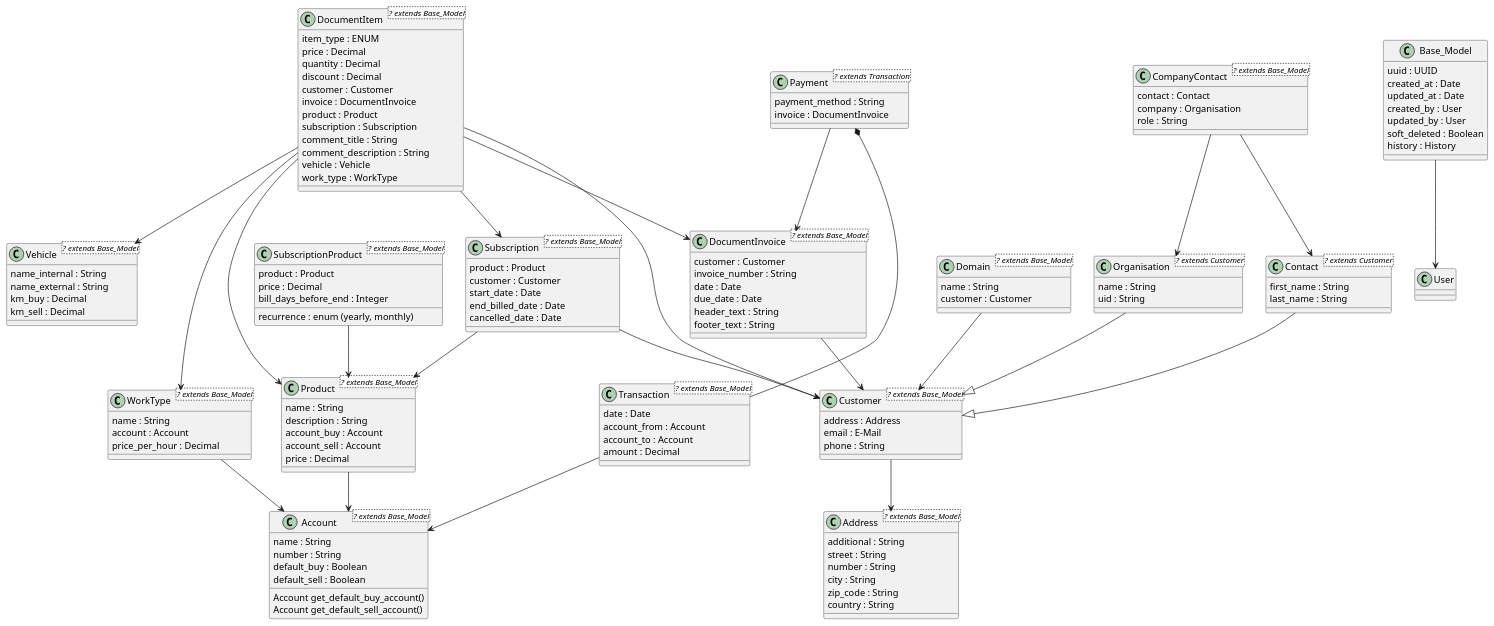
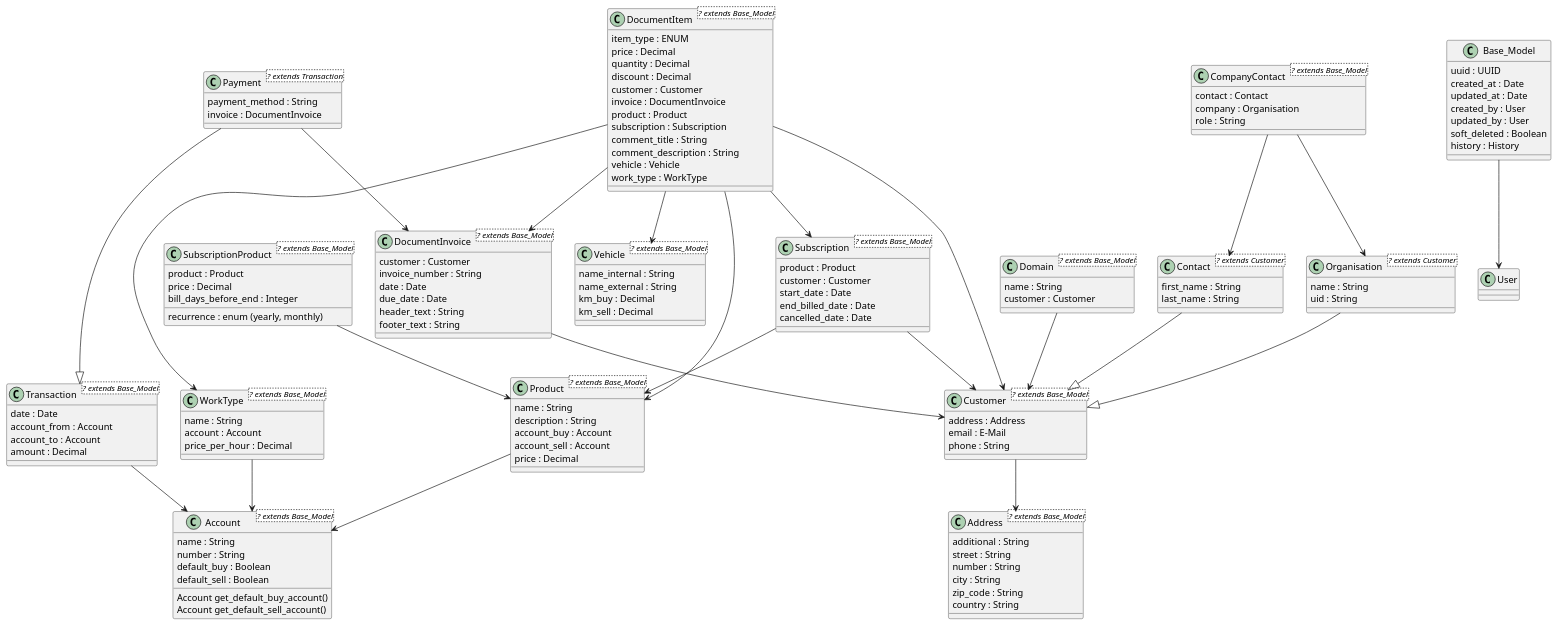
One commit to Buffet-IT-Services/CycleInvoice changed the diagram in docs/class_diagram_old.md. Above: the diagram before and after it, drawn with PlantUML. The commit also changed 1 other file, not shown here.

Commit message:
Apply suggestions from code review

```diff
--- a/docs/class_diagram_old.md
+++ b/docs/class_diagram_old.md
@@ -97,7 +97,7 @@
 payment_method : String
 invoice : DocumentInvoice
 }
-Payment *- Transaction
+Payment --|> Transaction
 Payment --> DocumentInvoice
 
 class Product <? extends Base_Model> {
```
